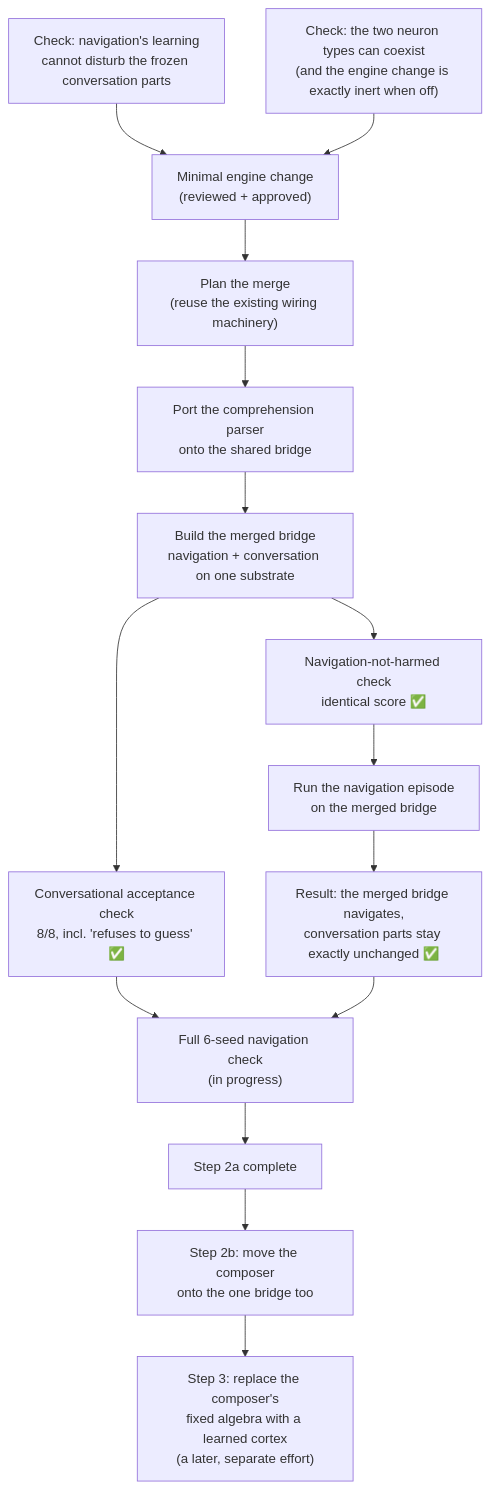
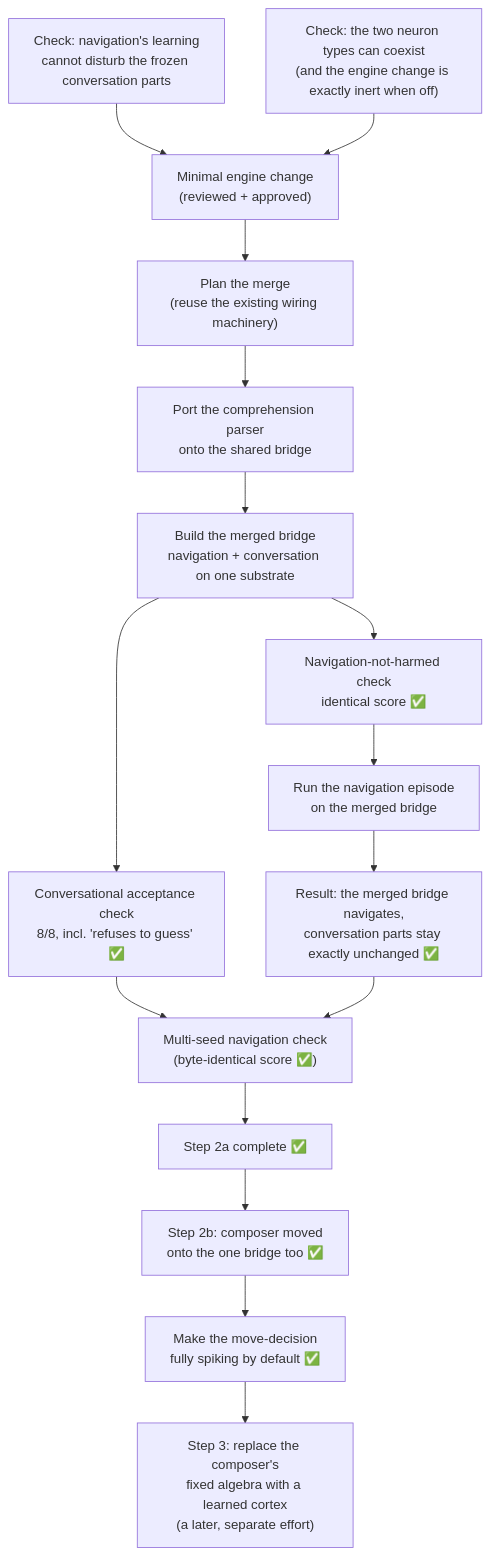
The second of 2 diagrams in docs/ARCHITECTURE_nav_conv_merge.md (danthi123/neural-simulator), drawn with Mermaid before and after one commit. The commit also changed other lines of this file, not shown here.

First line of the commit message:
docs(ARCHITECTURE_nav_conv_merge): mark step 2 COMPLETE + fully-spiking decision default; fix stale code line refs

````diff
--- a/docs/ARCHITECTURE_nav_conv_merge.md
+++ b/docs/ARCHITECTURE_nav_conv_merge.md
@@ -69,17 +69,18 @@
 ```mermaid
 flowchart TD
     A["Check: navigation's learning<br/>cannot disturb the frozen conversation parts"] --> C
     B["Check: the two neuron types can coexist<br/>(and the engine change is exactly inert when off)"] --> C["Minimal engine change<br/>(reviewed + approved)"]
     C --> D["Plan the merge<br/>(reuse the existing wiring machinery)"]
     D --> E["Port the comprehension parser<br/>onto the shared bridge"]
     E --> F["Build the merged bridge<br/>navigation + conversation on one substrate"]
     F --> G["Conversational acceptance check<br/>8/8, incl. 'refuses to guess' ✅"]
     F --> H["Navigation-not-harmed check<br/>identical score ✅"]
     H --> I["Run the navigation episode<br/>on the merged bridge"]
     I --> J["Result: the merged bridge navigates,<br/>conversation parts stay exactly unchanged ✅"]
-    G --> K["Full 6-seed navigation check<br/>(in progress)"]
+    G --> K["Multi-seed navigation check<br/>(byte-identical score ✅)"]
     J --> K
-    K --> L["Step 2a complete"]
-    L --> M["Step 2b: move the composer<br/>onto the one bridge too"]
-    M --> N["Step 3: replace the composer's<br/>fixed algebra with a learned cortex<br/>(a later, separate effort)"]
+    K --> L["Step 2a complete ✅"]
+    L --> M["Step 2b: composer moved<br/>onto the one bridge too ✅"]
+    M --> P["Make the move-decision<br/>fully spiking by default ✅"]
+    P --> N["Step 3: replace the composer's<br/>fixed algebra with a learned cortex<br/>(a later, separate effort)"]
 ```
````
